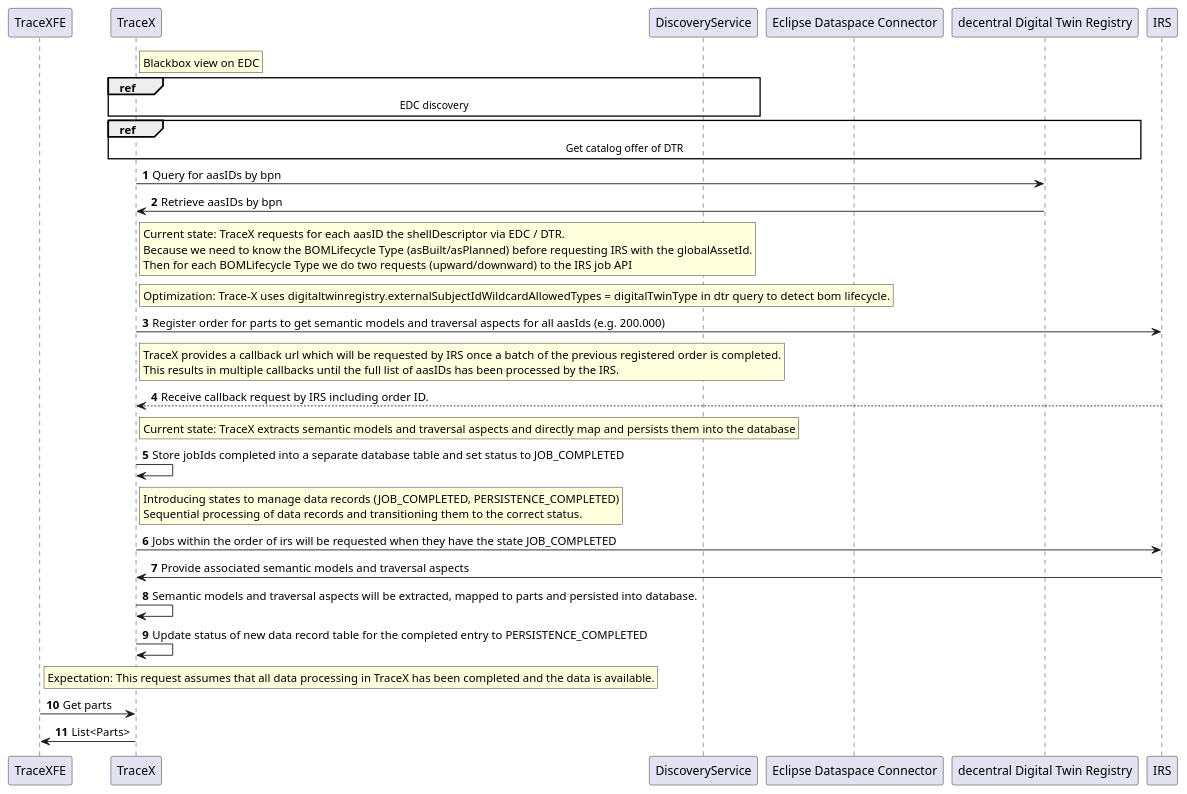
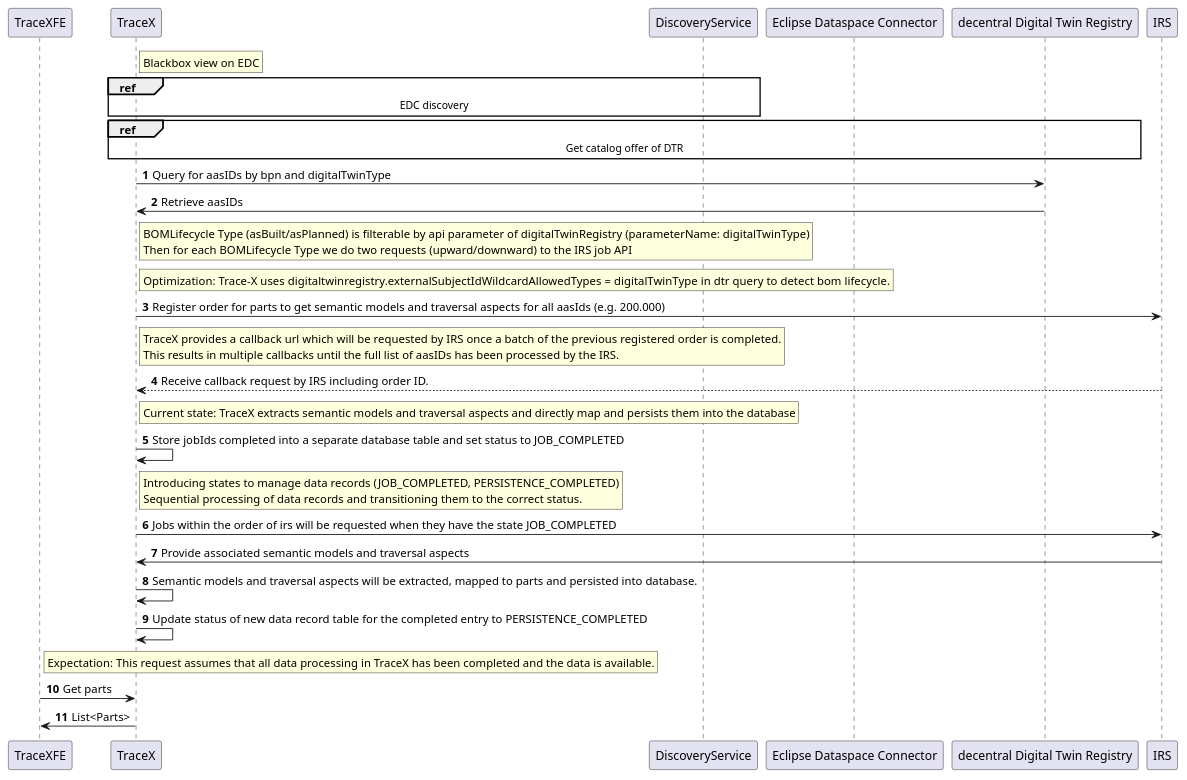
Before and after one commit to eclipse-tractusx/traceability-foss: the diagram in docs/src/uml-diagrams/arc42/runtime-view/data-consumption-process_part1_tracex_scaling.puml, drawn with PlantUML. The commit also changed 1 other file, not shown here.

Commit message:
fix(uml):[#xxx] refactor uml and add changelog entry

```diff
--- a/docs/src/uml-diagrams/arc42/runtime-view/data-consumption-process_part1_tracex_scaling.puml
+++ b/docs/src/uml-diagrams/arc42/runtime-view/data-consumption-process_part1_tracex_scaling.puml
@@ -1,58 +1,57 @@
 @startuml
 'https://plantuml.com/sequence-diagram
 autonumber
 participant TraceXFE
 participant TraceX
 participant "DiscoveryService" as DS
 participant "Eclipse Dataspace Connector" as EDC
 participant "decentral Digital Twin Registry" as DTR
 
 participant IRS
 rnote right TraceX
 Blackbox view on EDC
 end rnote
 ref over TraceX, DS
  EDC discovery
 end ref
 
 ref over TraceX, EDC, DTR
     Get catalog offer of DTR
 end ref
 
 
-TraceX -> DTR: Query for aasIDs by bpn
-DTR -> TraceX: Retrieve aasIDs by bpn
+TraceX -> DTR: Query for aasIDs by bpn and digitalTwinType
+DTR -> TraceX: Retrieve aasIDs
 rnote right TraceX
-Current state: TraceX requests for each aasID the shellDescriptor via EDC / DTR.
-Because we need to know the BOMLifecycle Type (asBuilt/asPlanned) before requesting IRS with the globalAssetId.
+BOMLifecycle Type (asBuilt/asPlanned) is filterable by api parameter of digitalTwinRegistry (parameterName: digitalTwinType)
 Then for each BOMLifecycle Type we do two requests (upward/downward) to the IRS job API
 end rnote
 rnote right TraceX
 Optimization: Trace-X uses  digitaltwinregistry.externalSubjectIdWildcardAllowedTypes = digitalTwinType in dtr query to detect bom lifecycle.
 end rnote
 TraceX -> IRS: Register order for parts to get semantic models and traversal aspects for all aasIds (e.g. 200.000)
 rnote right TraceX
 TraceX provides a callback url which will be requested by IRS once a batch of the previous registered order is completed.
 This results in multiple callbacks until the full list of aasIDs has been processed by the IRS.
 end rnote
 TraceX <-- IRS: Receive callback request by IRS including order ID.
 rnote right TraceX
 Current state: TraceX extracts semantic models and traversal aspects and directly map and persists them into the database
 end rnote
 TraceX -> TraceX: Store jobIds completed into a separate database table and set status to JOB_COMPLETED
 rnote right TraceX
 Introducing states to manage data records (JOB_COMPLETED, PERSISTENCE_COMPLETED)
 Sequential processing of data records and transitioning them to the correct status.
 end rnote
 TraceX -> IRS: Jobs within the order of irs will be requested when they have the state JOB_COMPLETED
 IRS -> TraceX: Provide associated semantic models and traversal aspects
 TraceX -> TraceX: Semantic models and traversal aspects will be extracted, mapped to parts and persisted into database.
 TraceX -> TraceX: Update status of new data record table for the completed entry to PERSISTENCE_COMPLETED
 
 rnote right TraceXFE
 Expectation: This request assumes that all data processing in TraceX has been completed and the data is available.
 end rnote
 TraceXFE -> TraceX: Get parts
 TraceX -> TraceXFE: List<Parts>
 
 @enduml
```
